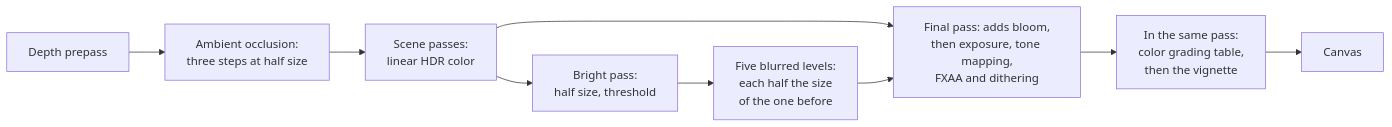
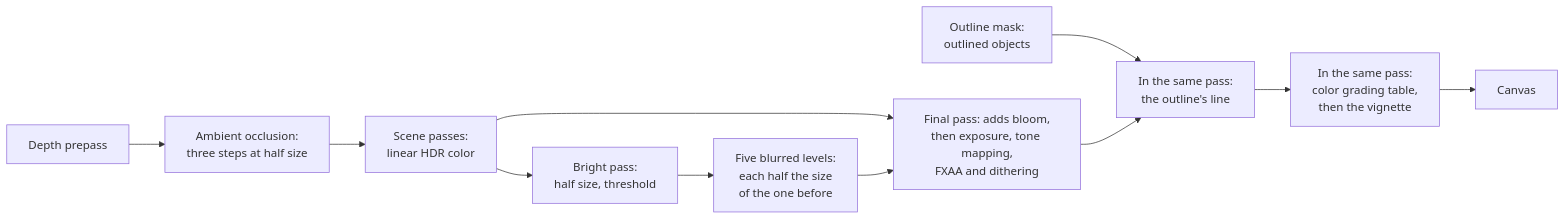
One commit to null3d-engine/null3d changed the diagram in docs/concepts/post-processing.md. Above: the diagram before and after it, drawn with Mermaid. The commit also changed other lines of this file and 104 other files, not shown here.

First line of the commit message:
feat(engine): add crisp outlines around chosen meshes, mapped from three.js's OutlinePass (#280)

````diff
--- a/docs/concepts/post-processing.md
+++ b/docs/concepts/post-processing.md
@@ -13,11 +13,13 @@
 ```mermaid
 flowchart LR
     prepass["Depth prepass"] --> ao["Ambient occlusion:<br/>three steps at half size"]
     ao --> scene
     scene["Scene passes:<br/>linear HDR color"] --> bright["Bright pass:<br/>half size, threshold"]
     bright --> levels["Five blurred levels:<br/>each half the size<br/>of the one before"]
     scene --> final["Final pass: adds bloom,<br/>then exposure, tone mapping,<br/>FXAA and dithering"]
     levels --> final
-    final --> grade["In the same pass:<br/>color grading table,<br/>then the vignette"]
+    mask["Outline mask:<br/>outlined objects"] --> line
+    final --> line["In the same pass:<br/>the outline's line"]
+    line --> grade["In the same pass:<br/>color grading table,<br/>then the vignette"]
     grade --> canvas["Canvas"]
 ```
````
